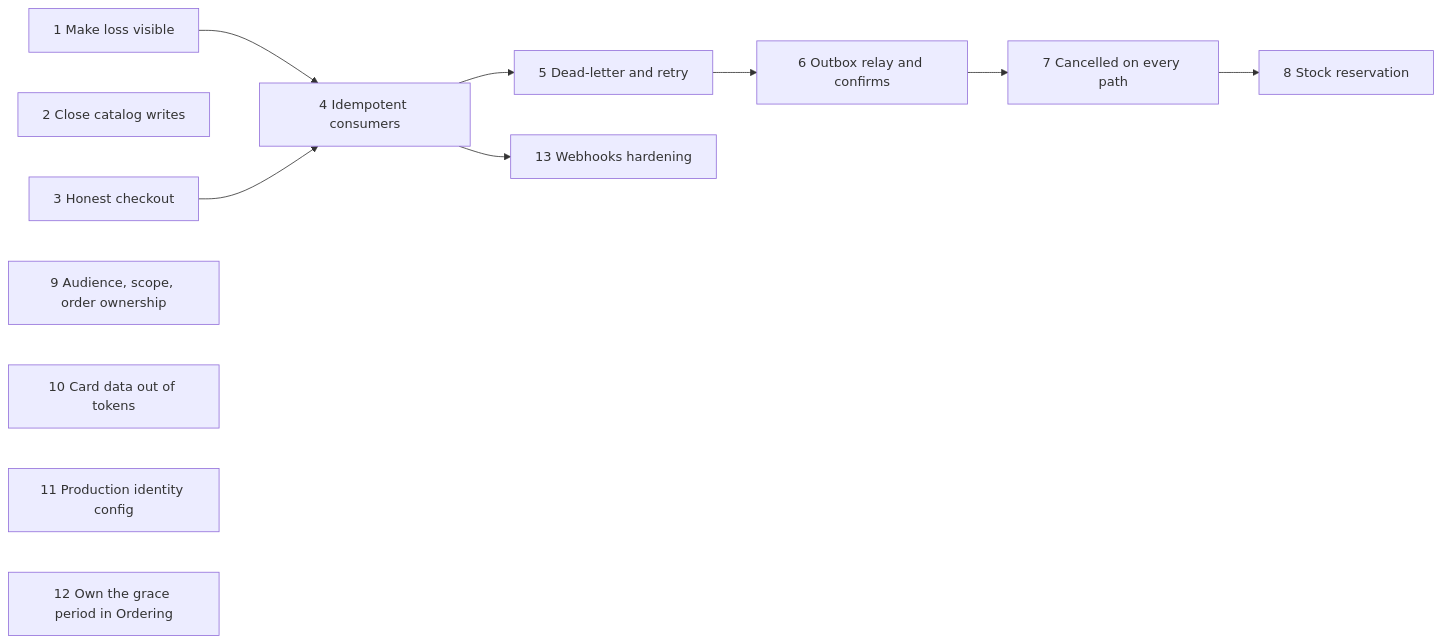
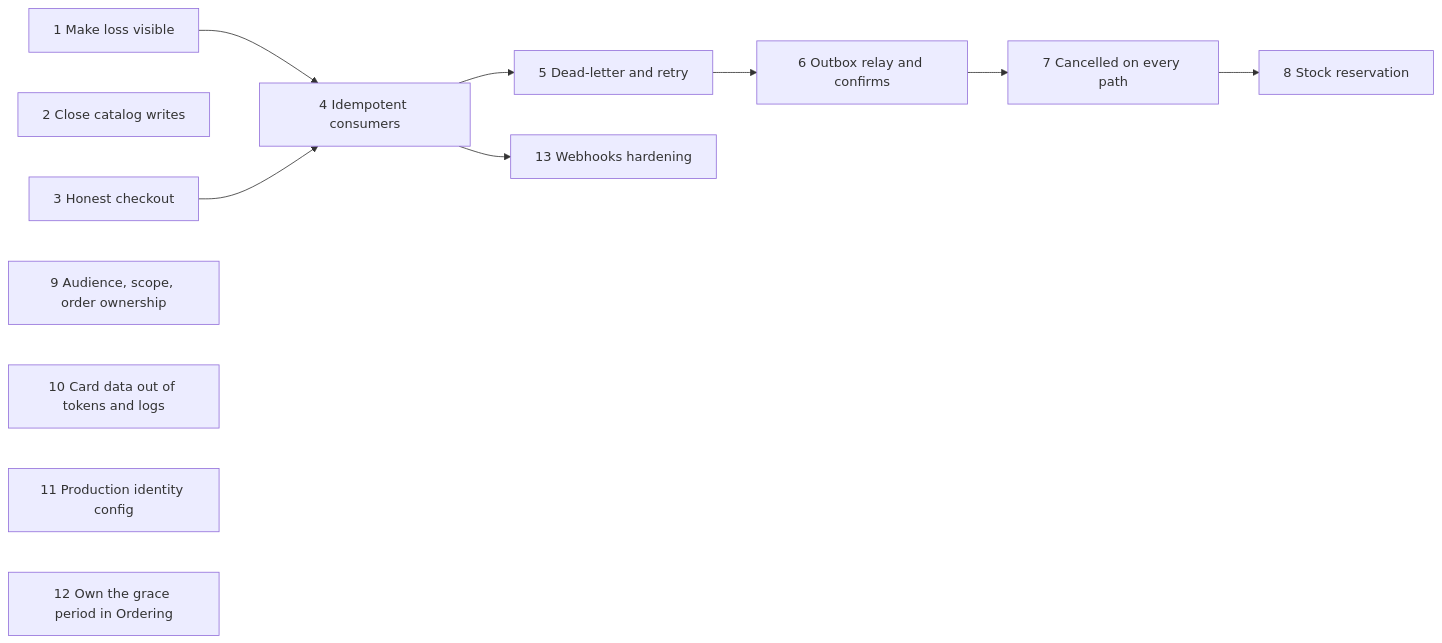
Before and after one commit to afalinski/eShop: the third of 3 diagrams in docs/architecture/overview.md, drawn with Mermaid. The commit also changed other lines of this file and 3 other files, not shown here.

````diff
--- a/docs/architecture/overview.md
+++ b/docs/architecture/overview.md
@@ -297,12 +332,12 @@
 ```mermaid
 flowchart LR
     s1["1 Make loss visible"] --> s4["4 Idempotent consumers"] --> s5["5 Dead-letter and retry"] --> s6["6 Outbox relay and confirms"] --> s7["7 Cancelled on every path"] --> s8["8 Stock reservation"]
     s2["2 Close catalog writes"]
     s3["3 Honest checkout"] --> s4
     s9["9 Audience, scope, order ownership"]
-    s10["10 Card data out of tokens"]
+    s10["10 Card data out of tokens and logs"]
     s11["11 Production identity config"]
     s12["12 Own the grace period in Ordering"]
     s13["13 Webhooks hardening"]
     s4 --> s13
 ```
````
